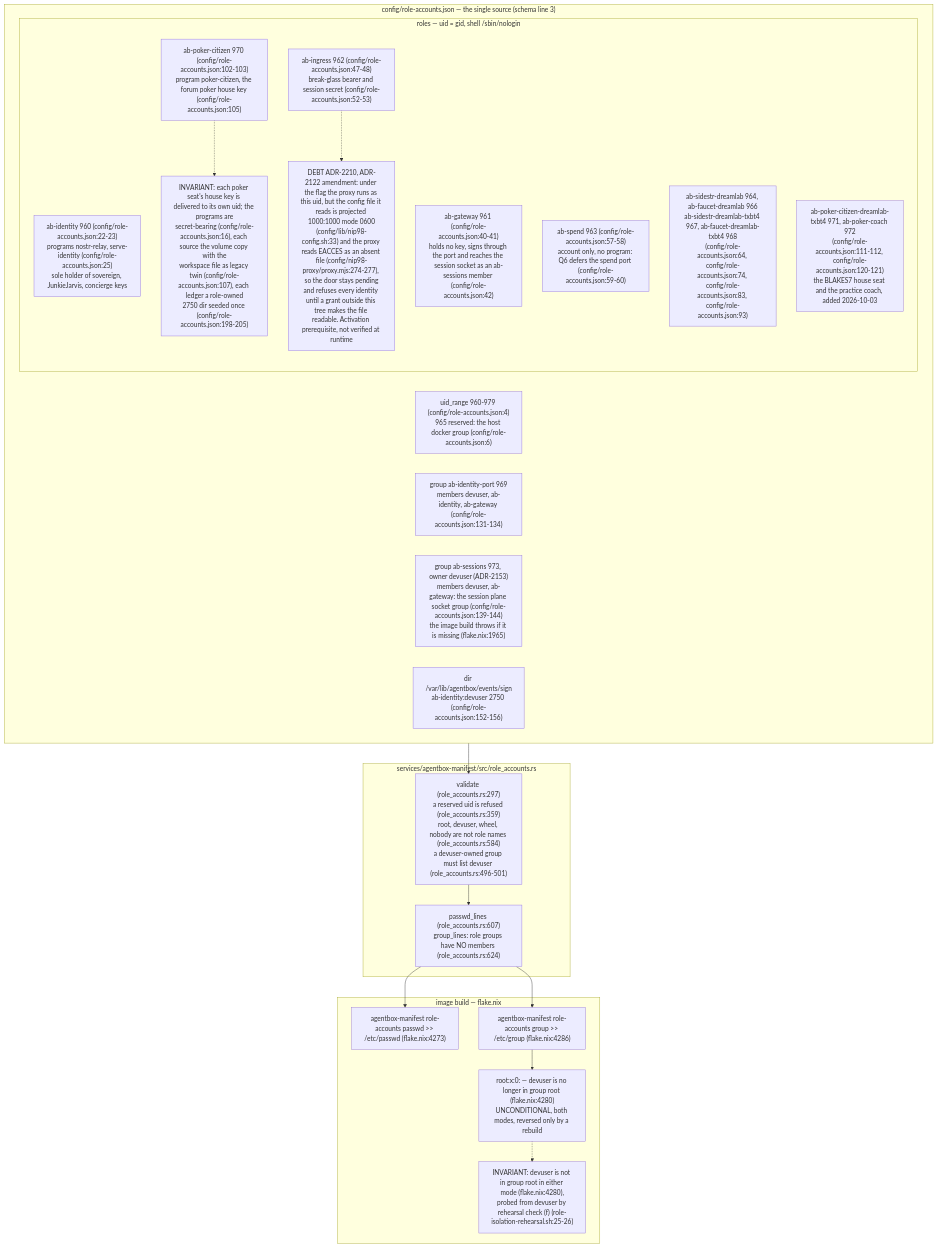
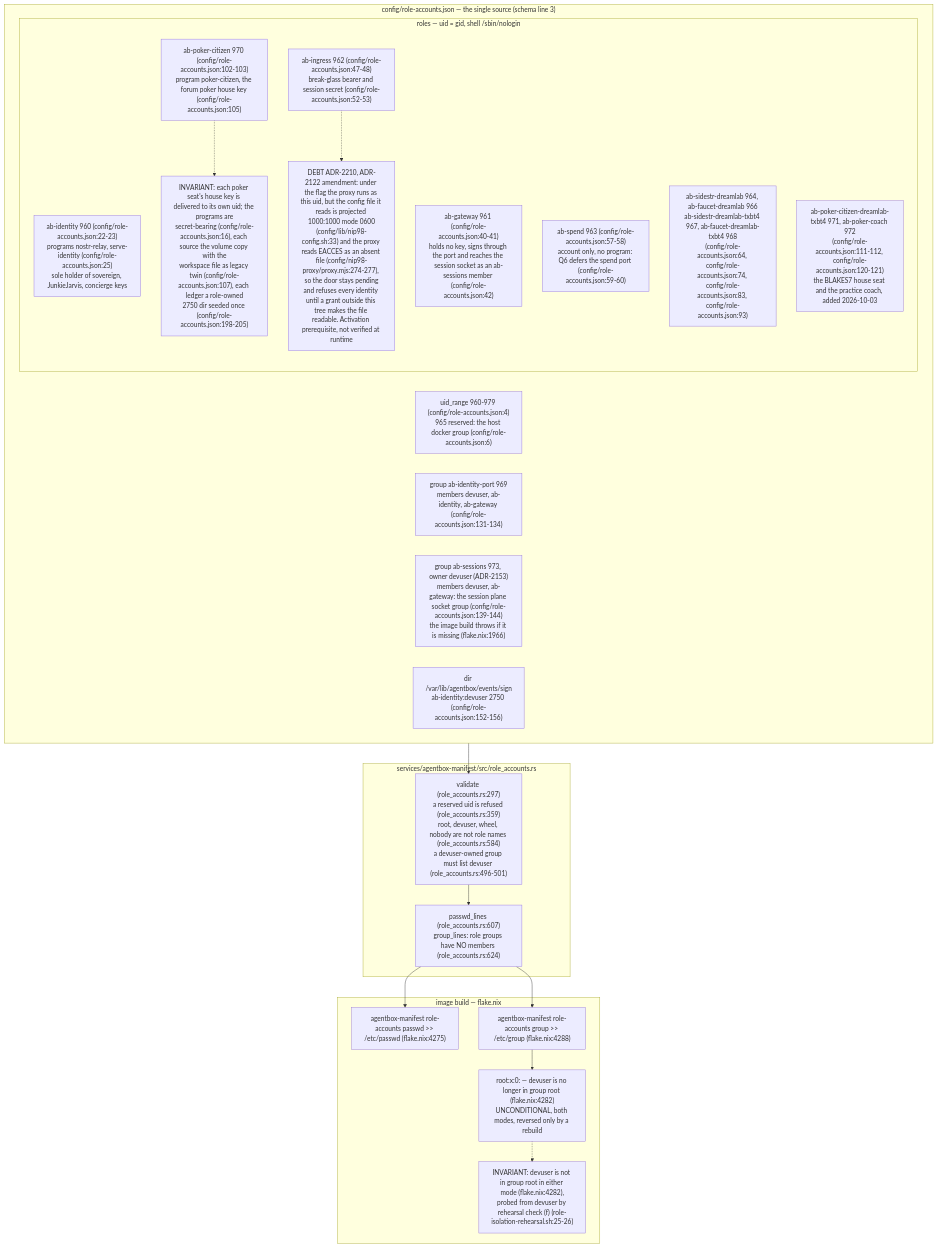
Before and after one commit to DreamLab-AI/VisionFlow: the first of 7 diagrams in docs/diagrams/agentbox/36-role-isolation-and-identity-port.md, drawn with Mermaid. The commit also changed other lines of this file and 7 other files, not shown here.

First line of the commit message:
diagrams(agentbox): re-verify AB-36..AB-43 at agentbox 59b1aca

````diff
--- a/docs/diagrams/agentbox/36-role-isolation-and-identity-port.md
+++ b/docs/diagrams/agentbox/36-role-isolation-and-identity-port.md
@@ -55,34 +55,34 @@
 ```mermaid
 flowchart TB
     subgraph TABLE["config/role-accounts.json — the single source (schema line 3)"]
         RANGE["uid_range 960-979 (config/role-accounts.json:4)<br/>965 reserved: the host docker group (config/role-accounts.json:6)"]
         subgraph ROLES["roles — uid = gid, shell /sbin/nologin"]
             ID["ab-identity 960 (config/role-accounts.json:22-23)<br/>programs nostr-relay, serve-identity (config/role-accounts.json:25)<br/>sole holder of sovereign, JunkieJarvis, concierge keys"]
             GW["ab-gateway 961 (config/role-accounts.json:40-41)<br/>holds no key, signs through the port and reaches the session socket as an ab-sessions member (config/role-accounts.json:42)"]
             IN["ab-ingress 962 (config/role-accounts.json:47-48)<br/>break-glass bearer and session secret (config/role-accounts.json:52-53)"]
             SP["ab-spend 963 (config/role-accounts.json:57-58)<br/>account only, no program: Q6 defers the spend port (config/role-accounts.json:59-60)"]
             CH["ab-sidestr-dreamlab 964, ab-faucet-dreamlab 966<br/>ab-sidestr-dreamlab-txbt4 967, ab-faucet-dreamlab-txbt4 968<br/>(config/role-accounts.json:64, config/role-accounts.json:74, config/role-accounts.json:83, config/role-accounts.json:93)"]
             PK["ab-poker-citizen 970 (config/role-accounts.json:102-103)<br/>program poker-citizen, the forum poker house key (config/role-accounts.json:105)"]
             PK2["ab-poker-citizen-dreamlab-txbt4 971, ab-poker-coach 972<br/>(config/role-accounts.json:111-112, config/role-accounts.json:120-121)<br/>the BLAKES7 house seat and the practice coach, added 2026-10-03"]
             PK -.-> N2["INVARIANT: each poker seat's house key is delivered to its own uid; the programs are<br/>secret-bearing (config/role-accounts.json:16), each source the volume copy with the<br/>workspace file as legacy twin (config/role-accounts.json:107), each ledger a role-owned<br/>2750 dir seeded once (config/role-accounts.json:198-205)"]
             IN -.-> N7["DEBT ADR-2210, ADR-2122 amendment: under the flag the proxy runs as this uid, but the config file it reads is projected 1000:1000 mode 0600<br/>(config/lib/nip98-config.sh:33) and the proxy reads EACCES as an absent file (config/nip98-proxy/proxy.mjs:274-277), so the door stays pending<br/>and refuses every identity until a grant outside this tree makes the file readable. Activation prerequisite, not verified at runtime"]
         end
         GRP["group ab-identity-port 969<br/>members devuser, ab-identity, ab-gateway (config/role-accounts.json:131-134)"]
-        GRP2["group ab-sessions 973, owner devuser (ADR-2153)<br/>members devuser, ab-gateway: the session plane socket group (config/role-accounts.json:139-144)<br/>the image build throws if it is missing (flake.nix:1965)"]
+        GRP2["group ab-sessions 973, owner devuser (ADR-2153)<br/>members devuser, ab-gateway: the session plane socket group (config/role-accounts.json:139-144)<br/>the image build throws if it is missing (flake.nix:1966)"]
         DIR["dir /var/lib/agentbox/events/sign<br/>ab-identity:devuser 2750 (config/role-accounts.json:152-156)"]
     end
     subgraph BUILD["image build — flake.nix"]
-        PW["agentbox-manifest role-accounts passwd >> /etc/passwd (flake.nix:4273)"]
-        GR["agentbox-manifest role-accounts group >> /etc/group (flake.nix:4286)"]
-        ROOTG["root:x:0: — devuser is no longer in group root (flake.nix:4280)<br/>UNCONDITIONAL, both modes, reversed only by a rebuild"]
-        ROOTG -.-> N1["INVARIANT: devuser is not in group root in either mode (flake.nix:4280),<br/>probed from devuser by rehearsal check (f) (role-isolation-rehearsal.sh:25-26)"]
+        PW["agentbox-manifest role-accounts passwd >> /etc/passwd (flake.nix:4275)"]
+        GR["agentbox-manifest role-accounts group >> /etc/group (flake.nix:4288)"]
+        ROOTG["root:x:0: — devuser is no longer in group root (flake.nix:4282)<br/>UNCONDITIONAL, both modes, reversed only by a rebuild"]
+        ROOTG -.-> N1["INVARIANT: devuser is not in group root in either mode (flake.nix:4282),<br/>probed from devuser by rehearsal check (f) (role-isolation-rehearsal.sh:25-26)"]
     end
     subgraph RUST["services/agentbox-manifest/src/role_accounts.rs"]
         VAL["validate (role_accounts.rs:297)<br/>a reserved uid is refused (role_accounts.rs:359)<br/>root, devuser, wheel, nobody are not role names (role_accounts.rs:584)<br/>a devuser-owned group must list devuser (role_accounts.rs:496-501)"]
         LINES["passwd_lines (role_accounts.rs:607)<br/>group_lines: role groups have NO members (role_accounts.rs:624)"]
     end
     TABLE --> VAL --> LINES
     LINES --> PW
     LINES --> GR
     GR --> ROOTG
 ```
````
